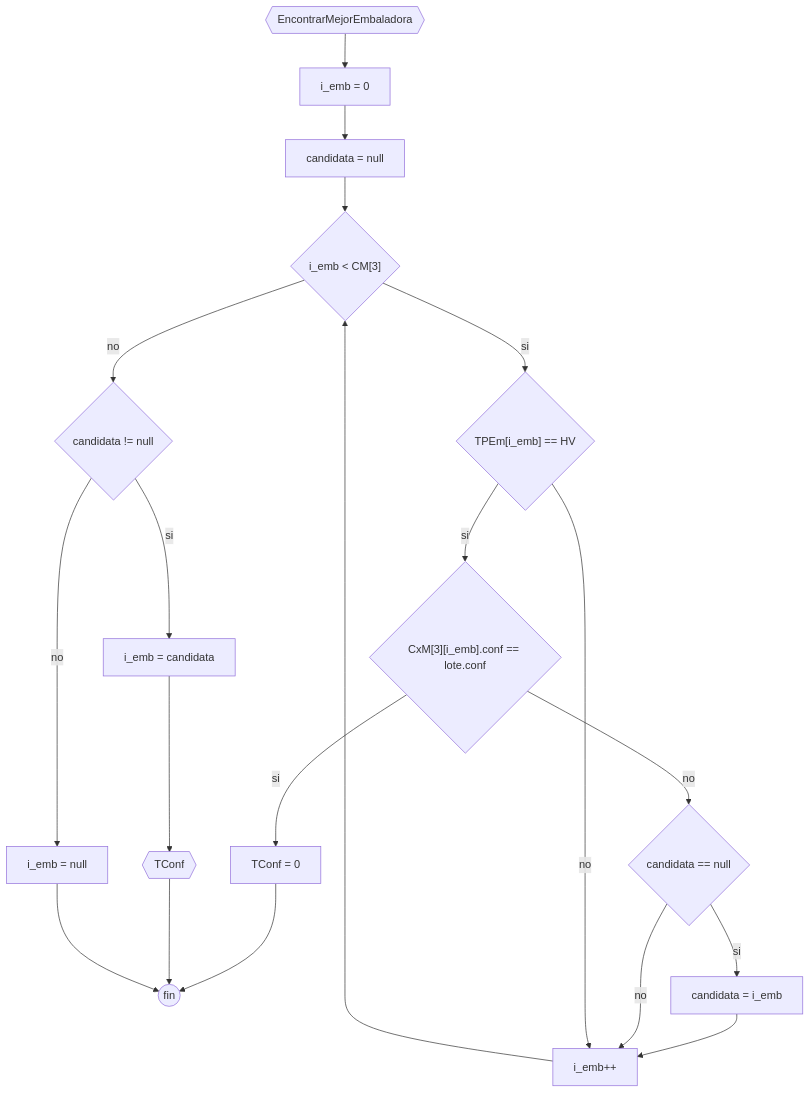
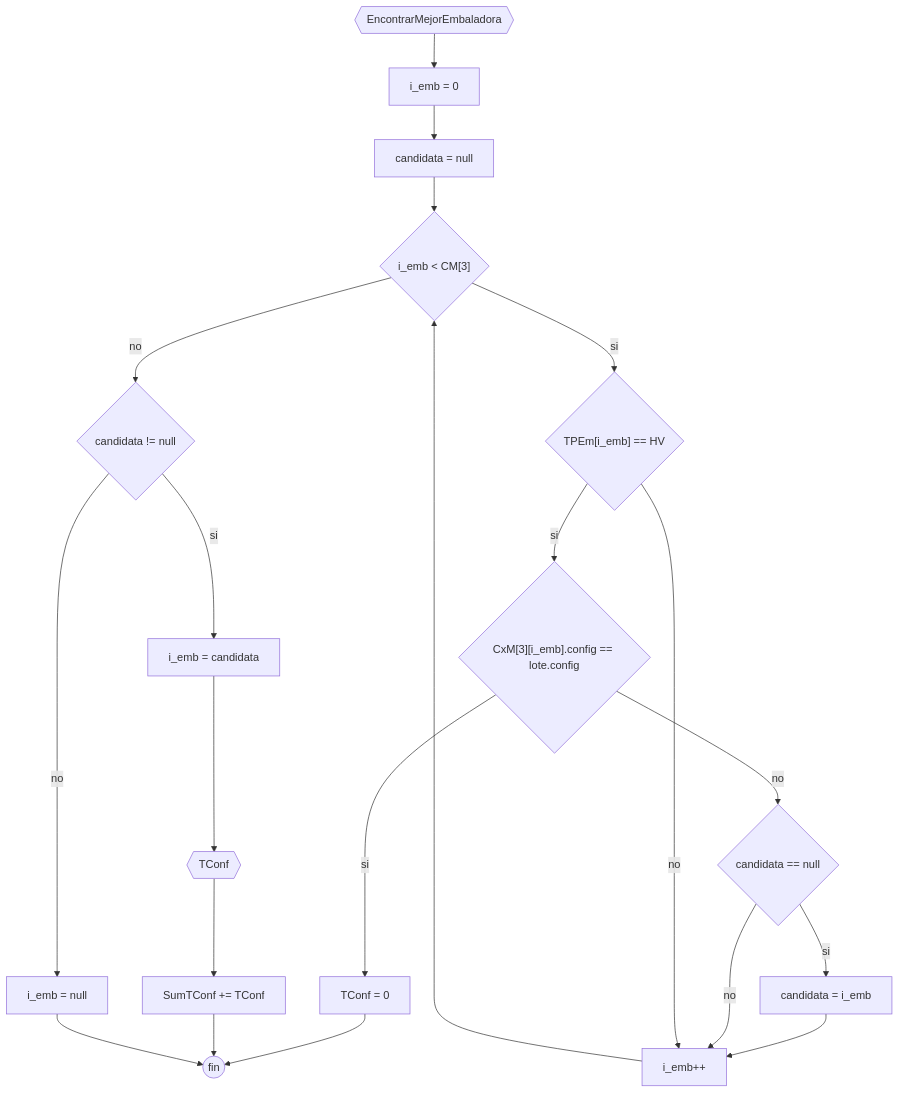
The diagram in docs/Diagramas/qa/EncontrarMejorEmbaladora.mermaid (JuanManuelPrividera/TP-Simu), drawn with Mermaid before and after one commit. The commit also changed 39 other files, not shown here.

```diff
--- a/docs/Diagramas/qa/EncontrarMejorEmbaladora.mermaid
+++ b/docs/Diagramas/qa/EncontrarMejorEmbaladora.mermaid
@@ -1,14 +1,14 @@
 flowchart TD
 a0{{EncontrarMejorEmbaladora}} --> a1["i_emb = 0"]
 a1 --> a2["candidata = null"]
 a2 --> a3{"i_emb < CM[3]"}
 a3 --> |si| a4{"TPEm[i_emb] == HV"}
-a4 --> |si| a5{"CxM[3][i_emb].conf == lote.conf"}
+a4 --> |si| a5{"CxM[3][i_emb].config == lote.config"}
 a5 --> |si| b1[TConf = 0] --> fin((fin))
 a5 --> |no| c{"candidata == null"}
 c --> |si| d["candidata = i_emb"] --> e["i_emb++"] --> a3
 c --> |no| e
 a4 --> |no| e
 a3 --> |no| f{"candidata != null"}
-f --> |si| g["i_emb = candidata"] --> h{{TConf}} --> fin
+f --> |si| g["i_emb = candidata"] --> h{{TConf}} --> lol["SumTConf += TConf"] --> fin
 f --> |no| k["i_emb = null"] --> fin
```
